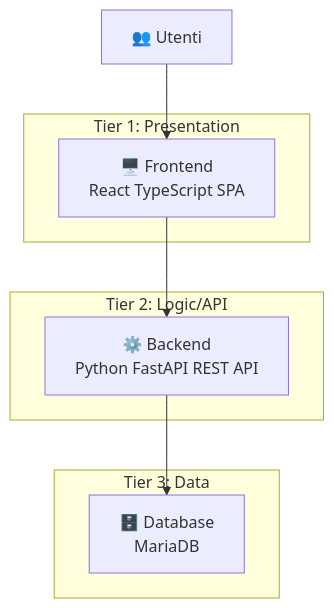
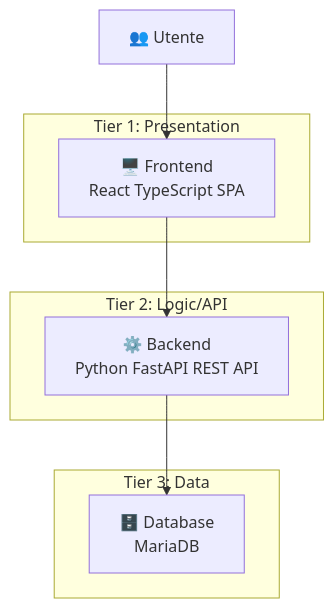
One commit to ccangemi/workshop-nal changed the diagram in docs/passo-4-applicazione.md. Above: the diagram before and after it, drawn with Mermaid. The commit also changed other lines of this file and 6 other files, not shown here.

````diff
--- a/docs/passo-4-applicazione.md
+++ b/docs/passo-4-applicazione.md
@@ -17,18 +17,18 @@
 ```mermaid
 graph TB
-    U[👥 Utenti] --> F[🖥️ Frontend<br/>React TypeScript SPA]
+    U[👥 Utente] --> F[🖥️ Frontend<br/>React TypeScript SPA]
     F --> B[⚙️ Backend<br/>Python FastAPI REST API]
     B --> D[🗄️ Database<br/>MariaDB]
     
     subgraph "Tier 1: Presentation"
         F
     end
     
     subgraph "Tier 2: Logic/API"
         B
     end
     
     subgraph "Tier 3: Data"
         D
     end
 ```
````
